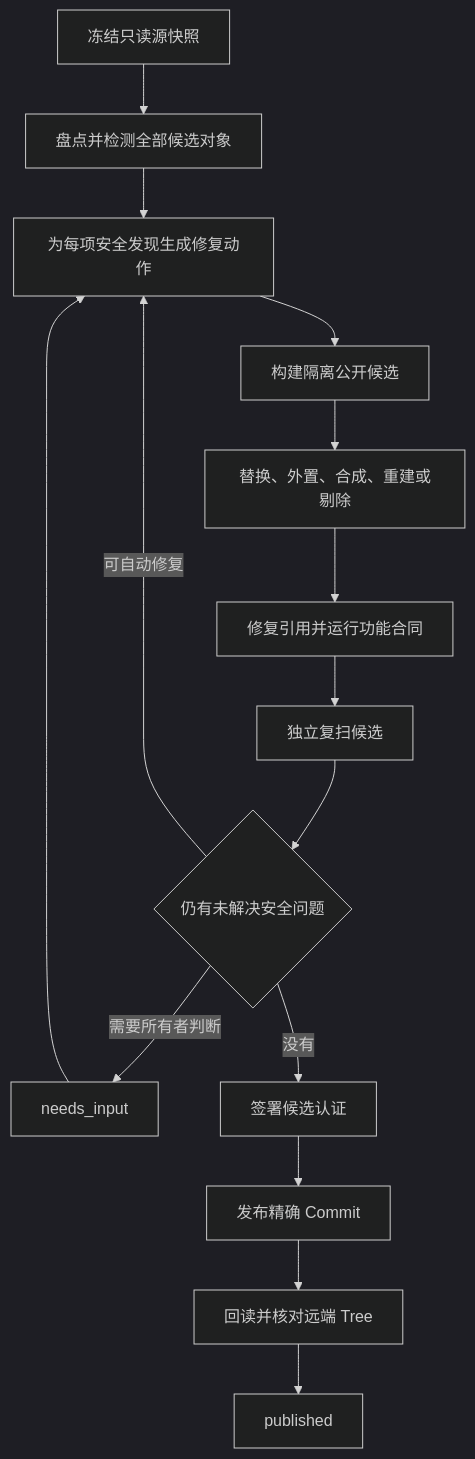
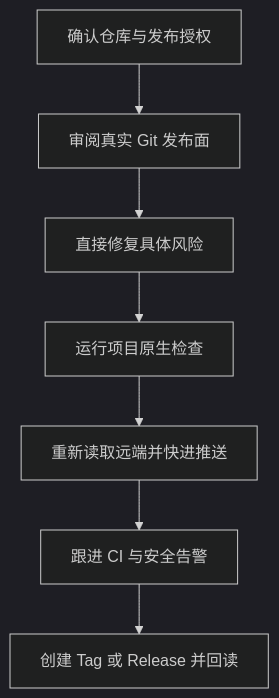
Before and after one commit to AIALRA-0/agent-github-safe-publish: the diagram in README.md, drawn with Mermaid (dark theme). The commit also changed other lines of this file and 18 other files, not shown here.

````diff
--- a/README.md
+++ b/README.md
@@ -44,18 +23,9 @@
 ```mermaid
-%% 候选未通过时返回修复，认证后才进入发布
 flowchart TD
-    A[冻结只读源快照] --> B[盘点并检测全部候选对象]
-    B --> C[为每项安全发现生成修复动作]
-    C --> D[构建隔离公开候选]
-    D --> E[替换、外置、合成、重建或剔除]
-    E --> F[修复引用并运行功能合同]
-    F --> G[独立复扫候选]
-    G --> H{仍有未解决安全问题}
-    H -->|可自动修复| C
-    H -->|需要所有者判断| I[needs_input]
-    I --> C
-    H -->|没有| J[签署候选认证]
-    J --> K[发布精确 Commit]
-    K --> L[回读并核对远端 Tree]
-    L --> M[published]
+    A[确认仓库与发布授权] --> B[审阅真实 Git 发布面]
+    B --> C[直接修复具体风险]
+    C --> D[运行项目原生检查]
+    D --> E[重新读取远端并快进推送]
+    E --> F[跟进 CI 与安全告警]
+    F --> G[创建 Tag 或 Release 并回读]
 ```
````
